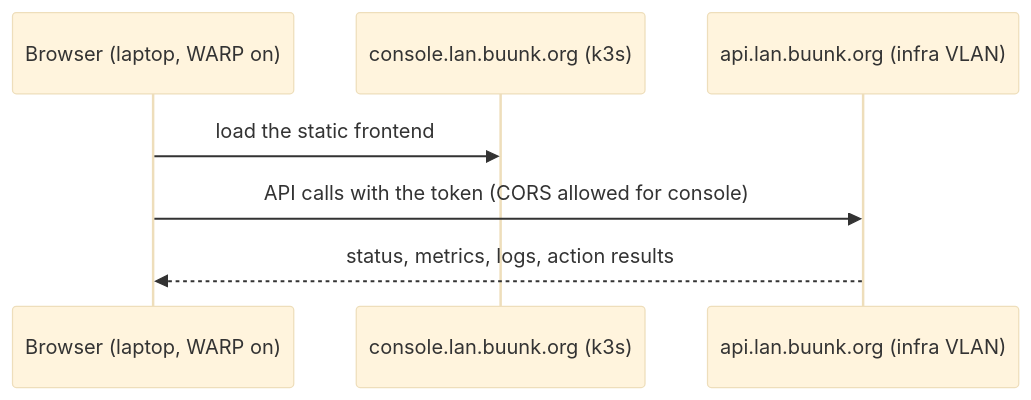
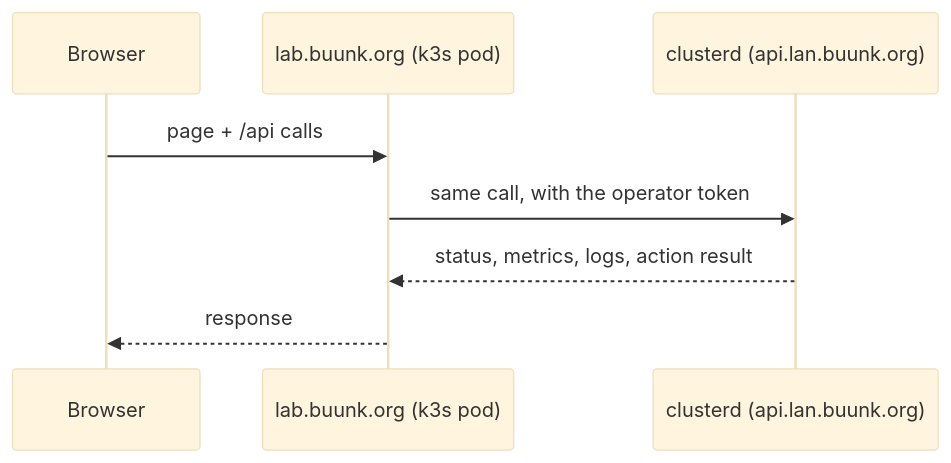
The diagram in docs/concepts/web-ui.md (jurrebuunk/nix-cluster), drawn with Mermaid (base theme) before and after one commit. The commit also changed other lines of this file and 30 other files, not shown here.

````diff
--- a/docs/concepts/web-ui.md
+++ b/docs/concepts/web-ui.md
@@ -20,9 +21,10 @@
 ```mermaid
 sequenceDiagram
-  participant b as Browser (laptop, WARP on)
-  participant ui as console.lan.buunk.org (k3s)
-  participant api as api.lan.buunk.org (infra VLAN)
-  b->>ui: load the static frontend
-  b->>api: API calls with the token (CORS allowed for console)
-  api-->>b: status, metrics, logs, action results
+  participant b as Browser
+  participant ui as lab.buunk.org (k3s pod)
+  participant api as clusterd (api.lan.buunk.org)
+  b->>ui: page + /api calls
+  ui->>api: same call, with the operator token
+  api-->>ui: status, metrics, logs, action result
+  ui-->>b: response
 ```
````
